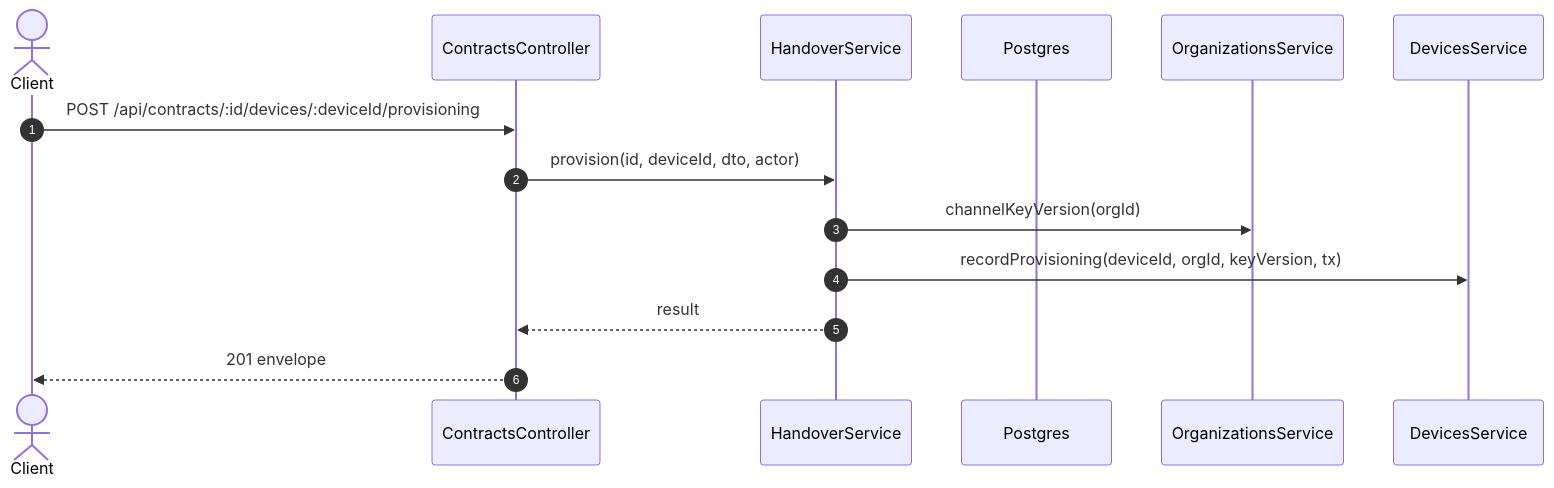
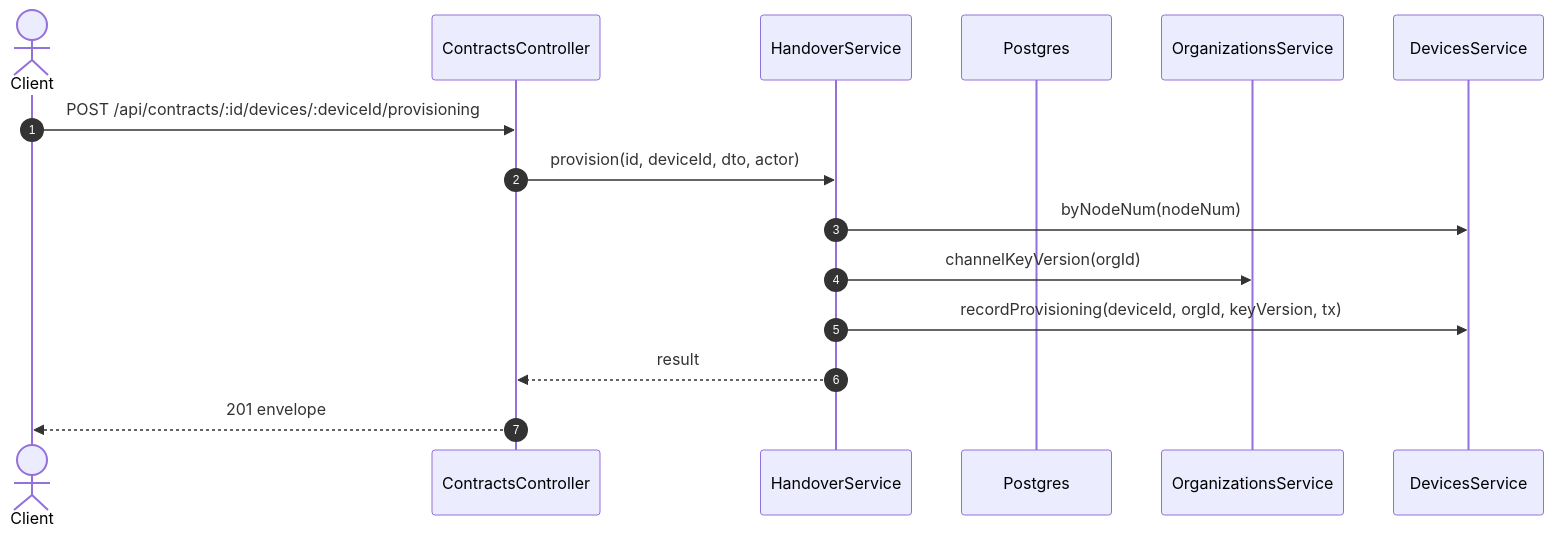
The second of 2 diagrams in specs/rentals/api-design/09-post-contracts-id-devices-deviceid-provisioning.md (TrekLink-Team/treklink-web), drawn with Mermaid before and after one commit. The commit also changed other lines of this file and 14 other files, not shown here.

````diff
--- a/specs/rentals/api-design/09-post-contracts-id-devices-deviceid-provisioning.md
+++ b/specs/rentals/api-design/09-post-contracts-id-devices-deviceid-provisioning.md
@@ -231,16 +259,17 @@
 ```mermaid
 sequenceDiagram
     autonumber
     actor C as Client
     participant Ctl as ContractsController
     participant Svc as HandoverService
     participant DB as Postgres
     participant Org as OrganizationsService
     participant Dev as DevicesService
     C->>Ctl: POST /api/contracts/:id/devices/:deviceId/provisioning
     Ctl->>Svc: provision(id, deviceId, dto, actor)
+    Svc->>Dev: byNodeNum(nodeNum)
     Svc->>Org: channelKeyVersion(orgId)
     Svc->>Dev: recordProvisioning(deviceId, orgId, keyVersion, tx)
     Svc-->>Ctl: result
     Ctl-->>C: 201 envelope
 ```
````
